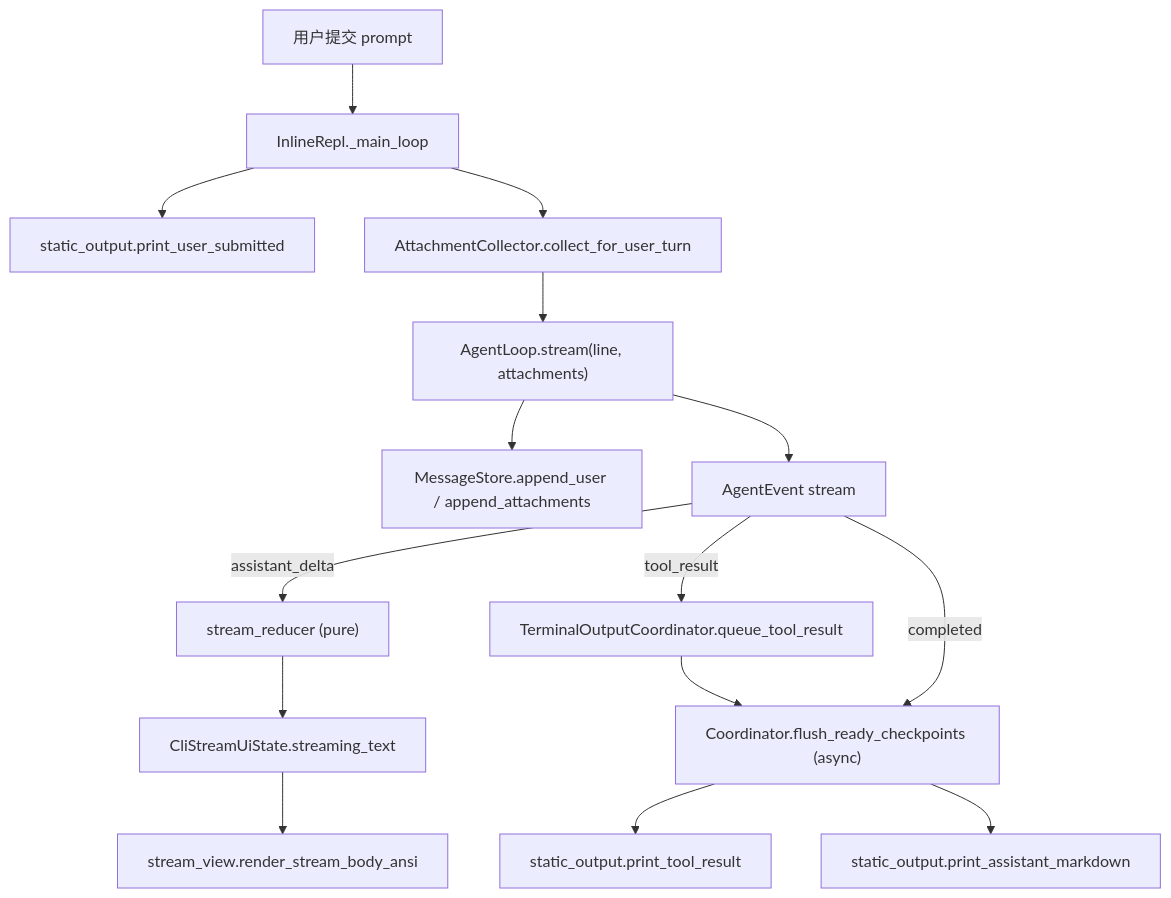
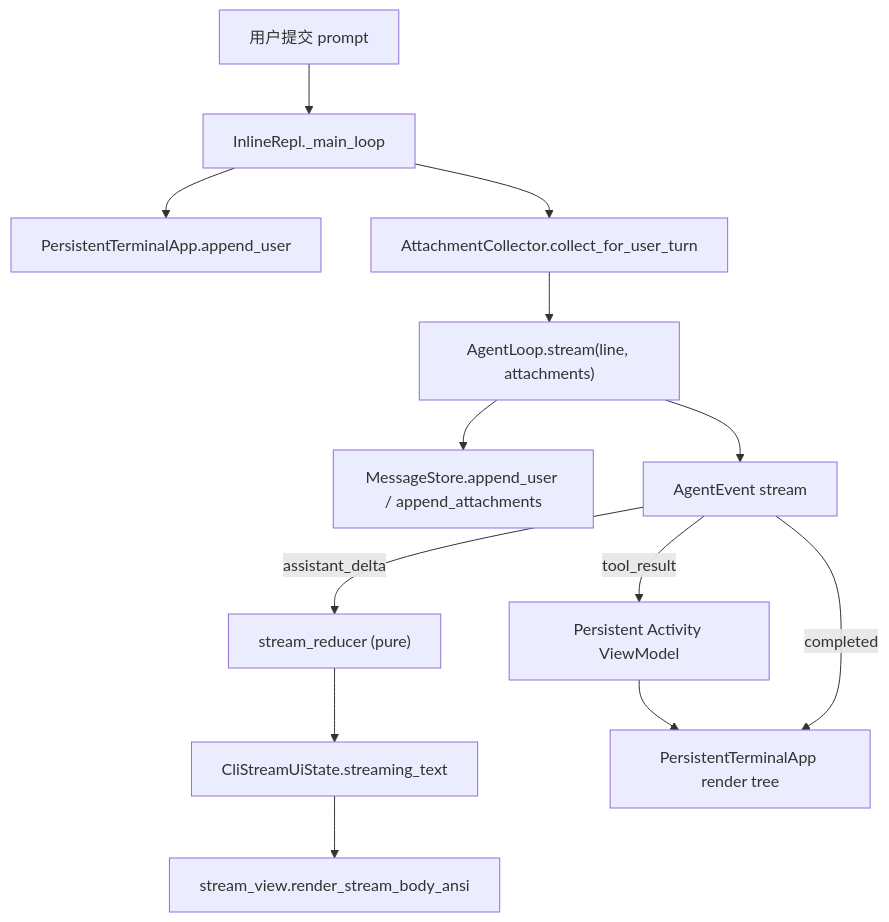
The second of 2 diagrams in docs/design-docs/cli-message-rendering-architecture.md (user0452/Nervure), drawn with Mermaid before and after one commit. The commit also changed other lines of this file and 819 other files, not shown here.

````diff
--- a/docs/design-docs/cli-message-rendering-architecture.md
+++ b/docs/design-docs/cli-message-rendering-architecture.md
@@ -65,17 +65,15 @@
 ```mermaid
 flowchart TD
   Input["用户提交 prompt"] --> Repl["InlineRepl._main_loop"]
-  Repl --> StaticUser["static_output.print_user_submitted"]
+  Repl --> StaticUser["PersistentTerminalApp.append_user"]
   Repl --> Attach["AttachmentCollector.collect_for_user_turn"]
   Attach --> Stream["AgentLoop.stream(line, attachments)"]
   Stream --> StoreUser["MessageStore.append_user / append_attachments"]
   Stream --> Events["AgentEvent stream"]
   Events -->|assistant_delta| Reducer["stream_reducer (pure)"]
   Reducer --> State["CliStreamUiState.streaming_text"]
   State --> Preview["stream_view.render_stream_body_ansi"]
-  Events -->|tool_result| Coord["TerminalOutputCoordinator.queue_tool_result"]
-  Coord --> Flush["Coordinator.flush_ready_checkpoints (async)"]
-  Flush --> StaticTool["static_output.print_tool_result"]
-  Events -->|completed| Flush
-  Flush --> StaticMd["static_output.print_assistant_markdown"]
+  Events -->|tool_result| Activity["Persistent Activity ViewModel"]
+  Activity --> Render["PersistentTerminalApp render tree"]
+  Events -->|completed| Render
 ```
````
